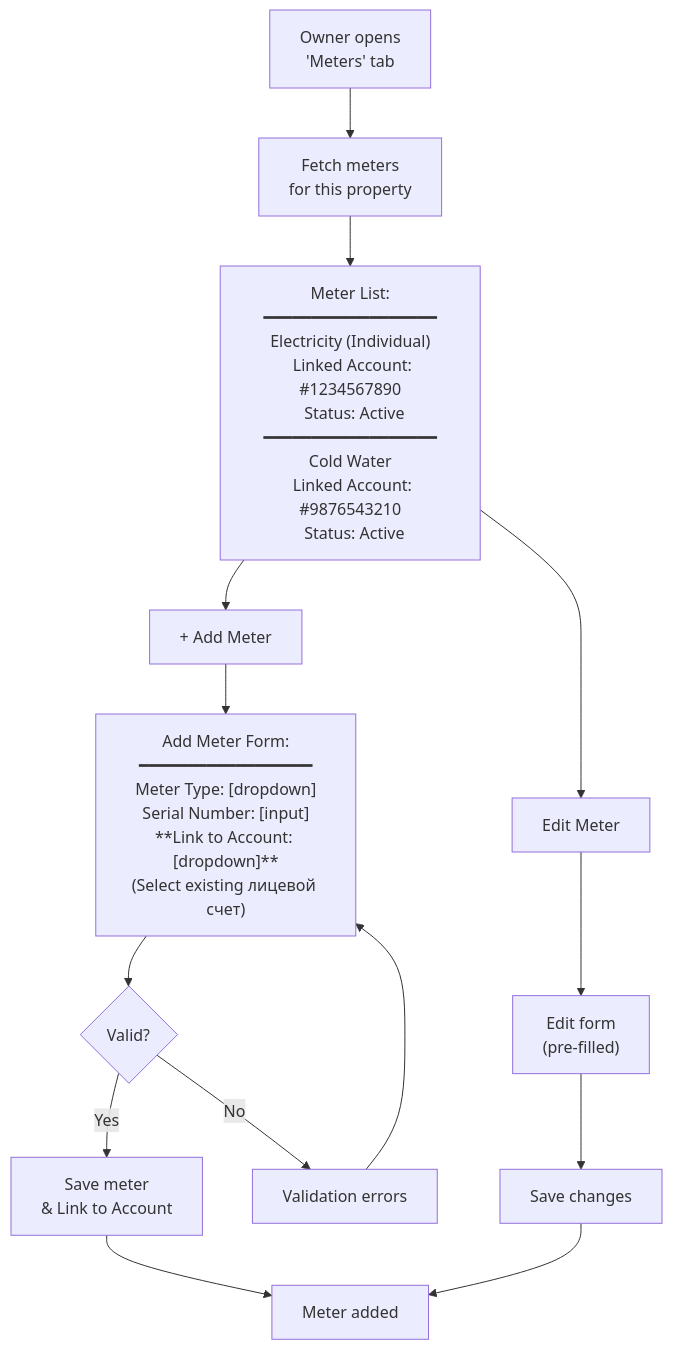
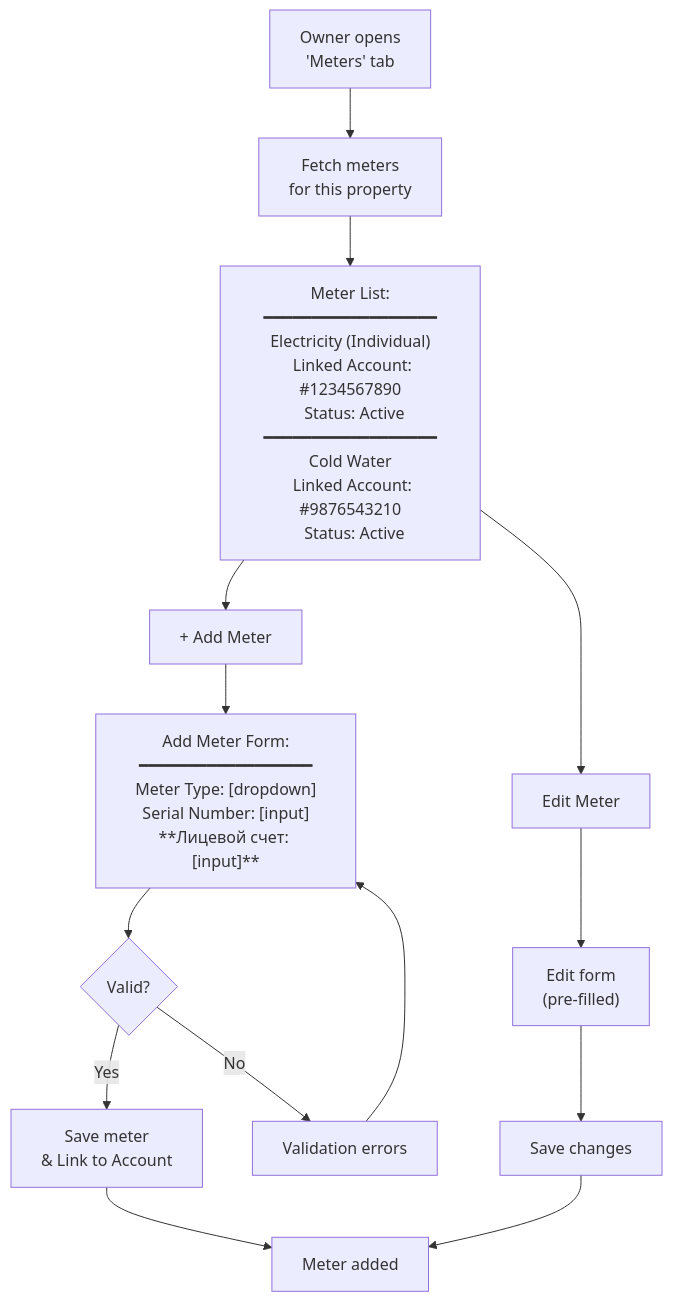
Before and after one commit to saodatm-dev/Utilities---Informational-Architecture: the fourth of 10 diagrams in Utilities - Business Owner.md, drawn with Mermaid. The commit also changed other lines of this file and 2 other files, not shown here.

Commit message:
refactor: streamline owner bill payment to single selection and clarify meter reading submission flow.

````diff
--- a/Utilities - Business Owner.md
+++ b/Utilities - Business Owner.md
@@ -104,22 +104,22 @@
 ```mermaid
 flowchart TD
     METERS["Owner opens<br/>'Meters' tab"] --> LIST["Fetch meters<br/>for this property"]
 
     LIST --> VIEW["Meter List:<br/>━━━━━━━━━━━━━━━━━━<br/>Electricity (Individual)<br/>  Linked Account: #1234567890<br/>  Status: Active<br/>━━━━━━━━━━━━━━━━━━<br/>Cold Water<br/>  Linked Account: #9876543210<br/>  Status: Active"]
 
     VIEW --> ADD_BTN["+ Add Meter"]
     VIEW --> EDIT_BTN["Edit Meter"]
 
-    ADD_BTN --> ADD_FORM["Add Meter Form:<br/>━━━━━━━━━━━━━━━━━━<br/>Meter Type: [dropdown]<br/>Serial Number: [input]<br/>**Link to Account: [dropdown]**<br/>(Select existing лицевой счет)"]
+    ADD_BTN --> ADD_FORM["Add Meter Form:<br/>━━━━━━━━━━━━━━━━━━<br/>Meter Type: [dropdown]<br/>Serial Number: [input]<br/>**Лицевой счет: [input]**"]
 
     ADD_FORM --> VALIDATE_FORM{"Valid?"}
     VALIDATE_FORM -->|"Yes"| SAVE["Save meter<br/>& Link to Account"]
     VALIDATE_FORM -->|"No"| ERROR["Validation errors"]
     ERROR --> ADD_FORM
 
     SAVE --> SUCCESS["Meter added"]
 
     EDIT_BTN --> EDIT_FORM["Edit form<br/>(pre-filled)"]
     EDIT_FORM --> SAVE_EDIT["Save changes"]
     SAVE_EDIT --> SUCCESS
 ```
````
